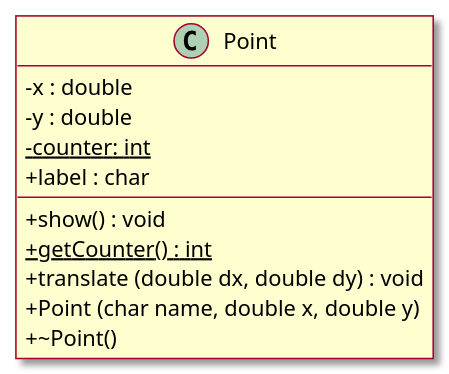
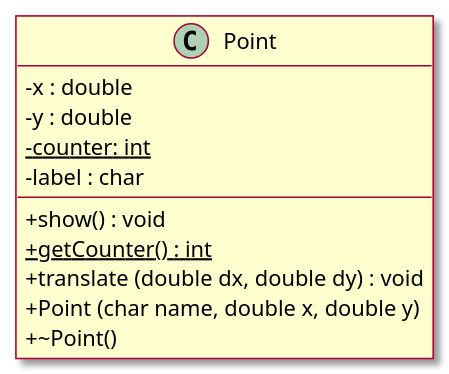
Before and after one commit to HE-Arc/1242.2-Langage_CPP: the third of 3 diagrams in content/docs/cours/02_Des_classes_et_des_objets.md, drawn with PlantUML. The commit also changed other lines of this file and 1 other file, not shown here.

```diff
--- a/content/docs/cours/02_Des_classes_et_des_objets.md
+++ b/content/docs/cours/02_Des_classes_et_des_objets.md
@@ -601,18 +598,18 @@
-{{< plantuml id="chap2_exo2_2">}}
+{{<plantuml id="chap2_exo2_2">}}
 @startuml
 skin rose
 skinparam classAttributeIconSize 0
   class Point
   {
     - x : double
     - y : double
     - {static} counter: int
-    + label : char
+    - label : char
     + show() : void
     + {static} getCounter() : int
     + translate (double dx, double dy) : void
     + Point (char name, double x, double y)
     + ~Point()
   }
 @enduml
-{{< /plantuml >}}
+{{</plantuml>}}
```
